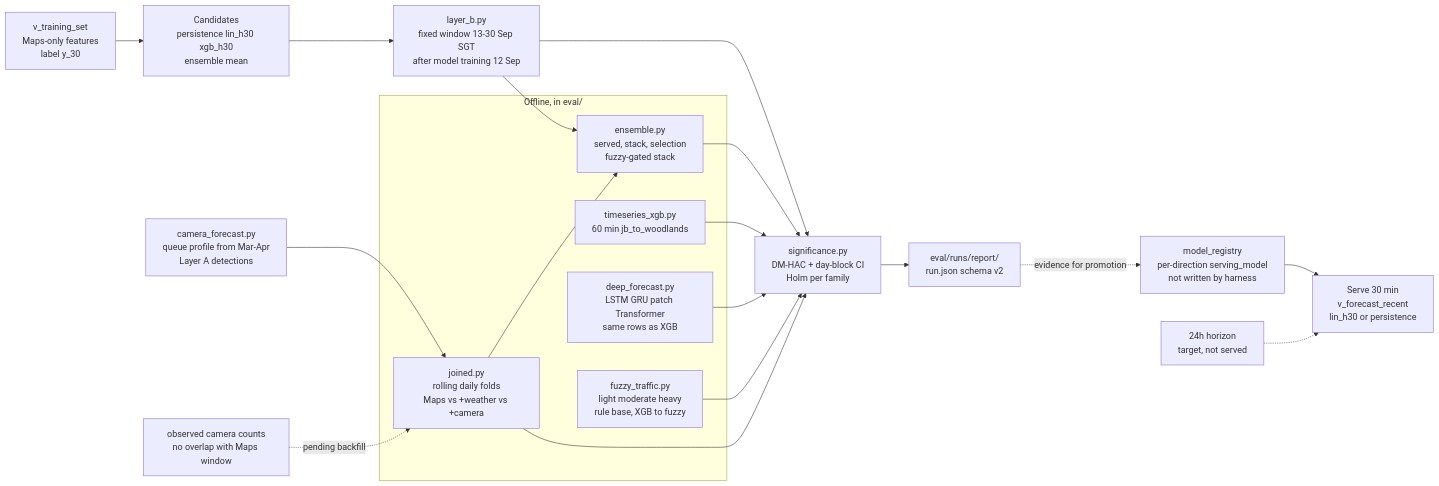
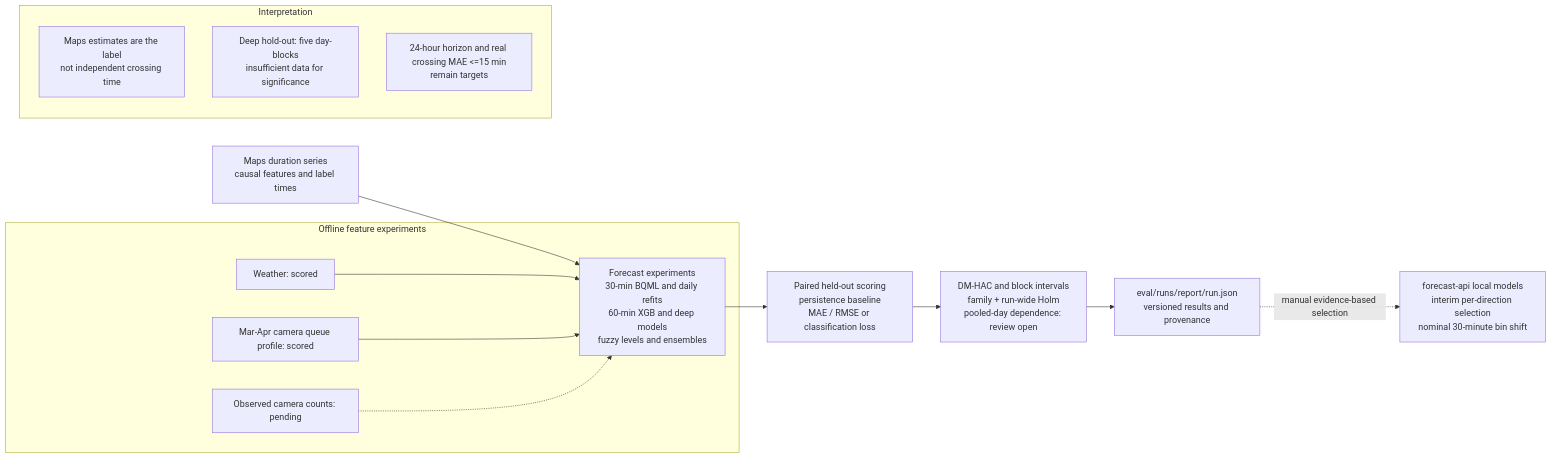
Before and after one commit to sozuken-max/swiftborder: the diagram in docs/diagrams/eval-layer-b.mmd, drawn with Mermaid. The commit also changed 16 other files, not shown here.

First line of the commit message:
docs: final-report readiness review, inventory refresh, regenerated deck PNGs

```diff
--- a/docs/diagrams/eval-layer-b.mmd
+++ b/docs/diagrams/eval-layer-b.mmd
@@ -1,29 +1,16 @@
 flowchart LR
-  DATA["v_training_set<br/>Maps-only features<br/>label y_30"]
-  CAND["Candidates<br/>persistence lin_h30 xgb_h30<br/>ensemble mean"]
-  HAR["layer_b.py<br/>fixed window 13-30 Sep SGT<br/>after model training 12 Sep"]
-  SIG["significance.py<br/>DM-HAC + day-block CI<br/>Holm per family"]
-  REP["eval/runs/report/<br/>run.json schema v2"]
-  REG["model_registry<br/>per-direction serving_model<br/>not written by harness"]
-  SRV["Serve 30 min<br/>v_forecast_recent<br/>lin_h30 or persistence"]
-  DATA --> CAND --> HAR --> SIG --> REP
-  REG --> SRV
-  REP -.->|"evidence for promotion"| REG
-
-  subgraph OFF["Offline, in eval/"]
-    JX["joined.py<br/>rolling daily folds<br/>Maps vs +weather vs +camera"]
-    EN["ensemble.py<br/>served, stack, selection<br/>fuzzy-gated stack"]
-    OX["timeseries_xgb.py<br/>60 min jb_to_woodlands"]
-    DL["deep_forecast.py<br/>LSTM GRU patch Transformer<br/>same rows as XGB"]
-    FZ["fuzzy_traffic.py<br/>light moderate heavy<br/>rule base, XGB to fuzzy"]
+  DATA["Maps duration series<br/>causal features and label times"] --> MODELS["Forecast experiments<br/>30-min BQML and daily refits<br/>60-min XGB and deep models<br/>fuzzy levels and ensembles"]
+  MODELS --> SCORE["Paired held-out scoring<br/>persistence baseline<br/>MAE / RMSE or classification loss"]
+  SCORE --> SIG["DM-HAC and block intervals<br/>family + run-wide Holm<br/>pooled-day dependence: review open"]
+  SIG --> REPORT["eval/runs/report/run.json<br/>versioned results and provenance"]
+  REPORT -.->|"manual evidence-based selection"| SERVE["forecast-api local models<br/>interim per-direction selection<br/>nominal 30-minute bin shift"]
+  subgraph INPUTS["Offline feature experiments"]
+    WX["Weather: scored"] --> MODELS
+    PROFILE["Mar-Apr camera queue profile: scored"] --> MODELS
+    CAMERA["Observed camera counts: pending"] -.-> MODELS
   end
-  HAR --> EN
-  JX --> EN
-  JX --> SIG
-  EN --> SIG
-  OX --> SIG
-  DL --> SIG
-  FZ --> SIG
-  CAMFC["camera_forecast.py<br/>queue profile from Mar-Apr<br/>Layer A detections"] --> JX
-  CAM["observed camera counts<br/>no overlap with Maps window"] -.->|"pending backfill"| JX
-  INTENT["24h horizon<br/>target, not served"] -.-> SRV
+  subgraph LIMITS["Interpretation"]
+    L1["Maps estimates are the label<br/>not independent crossing time"]
+    L2["Deep hold-out: five day-blocks<br/>insufficient data for significance"]
+    L3["24-hour horizon and real crossing MAE <=15 min<br/>remain targets"]
+  end
```
